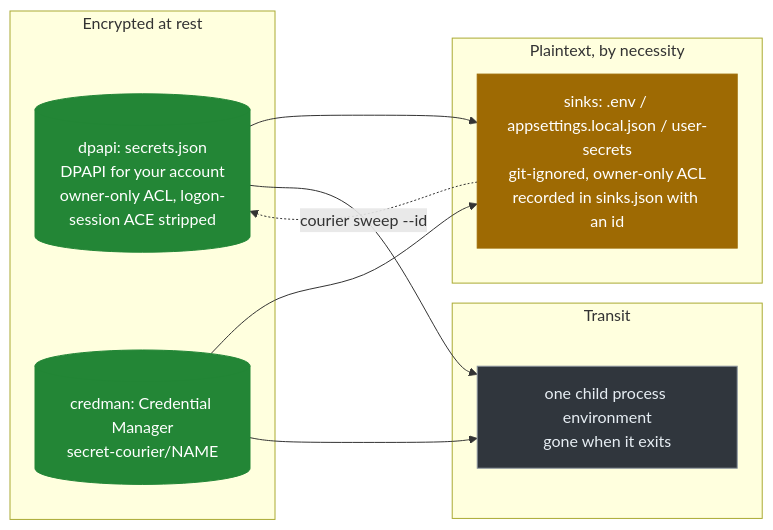
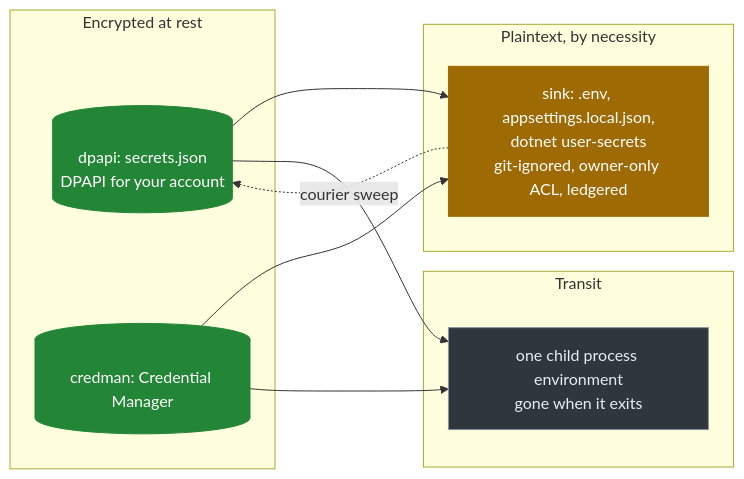
Before and after one commit to rankinbc/Secret-Courier-Claude: the fourth of 4 diagrams in README.md, drawn with Mermaid. The commit also changed other lines of this file, not shown here.

Commit message:
docs: README as a finished product page - why, how it keeps a secret safe, how it moves one, a session, what the guard refuses, where a value can exist, trust verified

````diff
--- a/README.md
+++ b/README.md
@@ -174,22 +194,22 @@
 ```mermaid
 flowchart LR
     classDef enc fill:#238636,stroke:#238636,color:#fff
     classDef plain fill:#9e6a03,stroke:#9e6a03,color:#fff
     classDef gone fill:#30363d,stroke:#8b949e,color:#e6edf3
 
     subgraph enc ["Encrypted at rest"]
-        A[("dpapi: secrets.json<br/>DPAPI for your account<br/>owner-only ACL, logon-session ACE stripped")]:::enc
-        B[("credman: Credential Manager<br/>secret-courier/NAME")]:::enc
+        A[("dpapi: secrets.json<br/>DPAPI for your account")]:::enc
+        B[("credman: Credential Manager")]:::enc
     end
     subgraph plain ["Plaintext, by necessity"]
-        C["sinks: .env / appsettings.local.json / user-secrets<br/>git-ignored, owner-only ACL<br/>recorded in sinks.json with an id"]:::plain
+        C["sink: .env, appsettings.local.json,<br/>dotnet user-secrets<br/>git-ignored, owner-only ACL, ledgered"]:::plain
     end
     subgraph transit ["Transit"]
         D["one child process environment<br/>gone when it exits"]:::gone
     end
     A --> C
     A --> D
     B --> C
     B --> D
-    C -. "courier sweep --id" .-> A
+    C -. "courier sweep" .-> A
 ```
````
